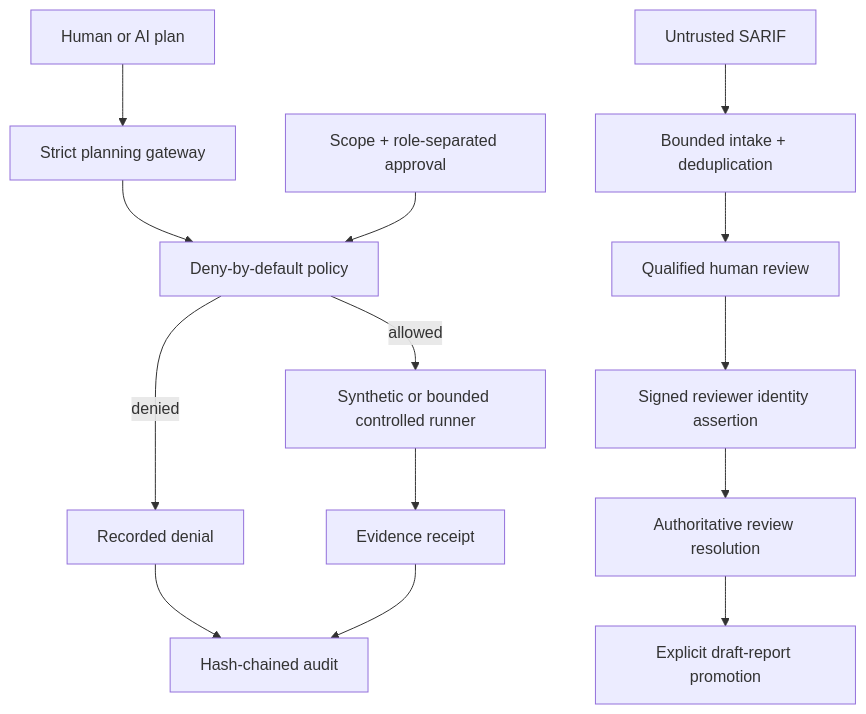
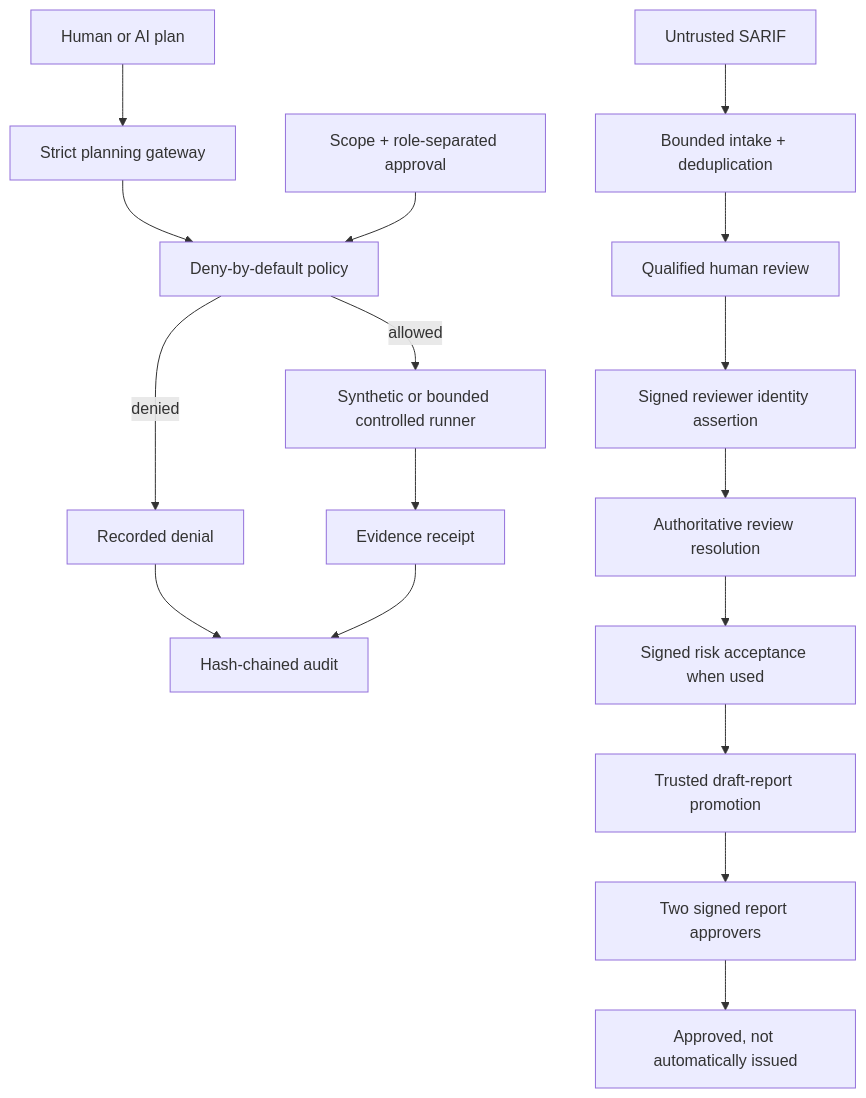
One commit to bilgekayali/finredops changed the diagram in README.md. Above: the diagram before and after it, drawn with Mermaid. The commit also changed other lines of this file, not shown here.

Commit message:
docs: surface v0.7.1 signed approvals without dropping assurance coverage

````diff
--- a/README.md
+++ b/README.md
@@ -46,16 +46,19 @@
 ```mermaid
 flowchart TD
     A["Human or AI plan"] --> B["Strict planning gateway"]
     B --> C["Deny-by-default policy"]
     D["Scope + role-separated approval"] --> C
     C -->|allowed| E["Synthetic or bounded controlled runner"]
     C -->|denied| F["Recorded denial"]
     E --> G["Evidence receipt"]
     F --> H["Hash-chained audit"]
     G --> H
     I["Untrusted SARIF"] --> J["Bounded intake + deduplication"]
     J --> K["Qualified human review"]
     K --> L["Signed reviewer identity assertion"]
     L --> N["Authoritative review resolution"]
-    N --> M["Explicit draft-report promotion"]
+    N --> R["Signed risk acceptance when used"]
+    R --> M["Trusted draft-report promotion"]
+    M --> P["Two signed report approvers"]
+    P --> Q["Approved, not automatically issued"]
 ```
````
